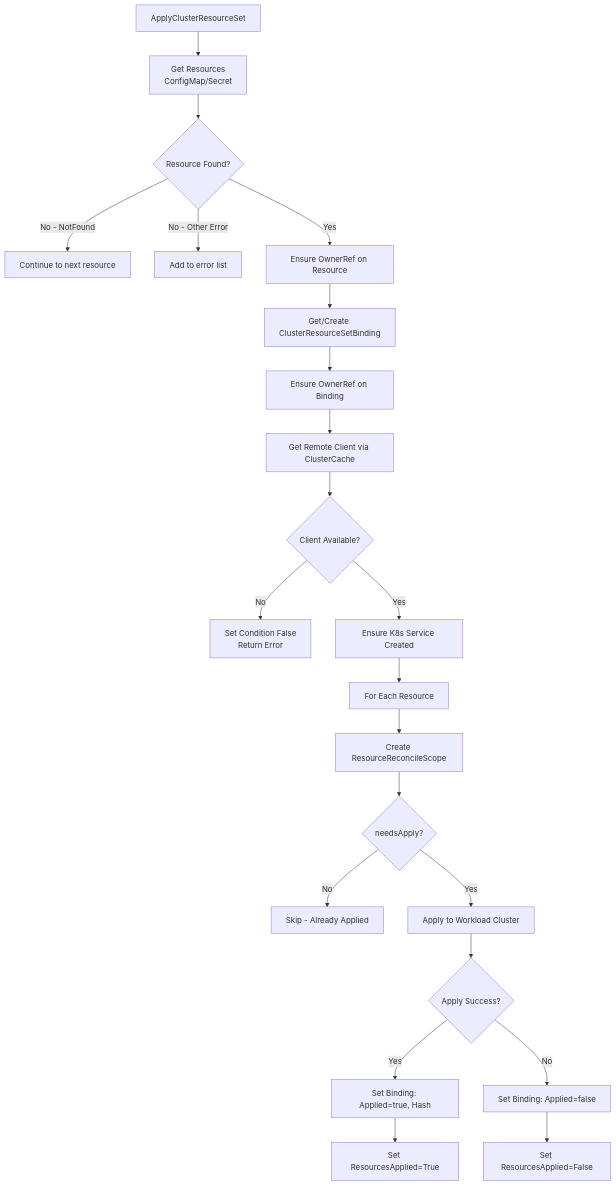
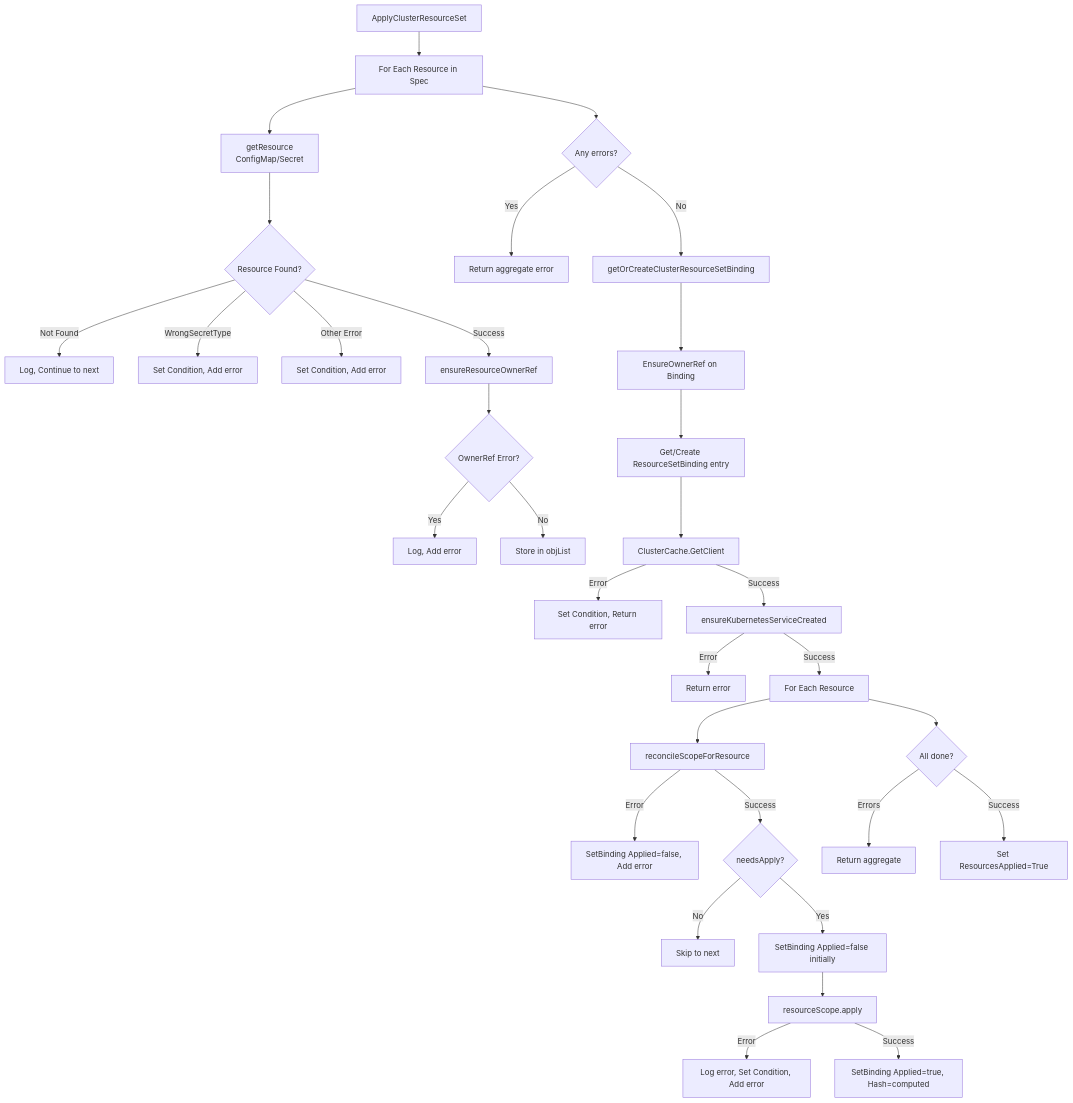
Before and after one commit to seanyen/cluster-api: the second of 9 diagrams in ai-gen/internal/controllers/clusterresourceset_controller.md, drawn with Mermaid. The commit also changed other lines of this file and 8 other files, not shown here.

````diff
--- a/ai-gen/internal/controllers/clusterresourceset_controller.md
+++ b/ai-gen/internal/controllers/clusterresourceset_controller.md
@@ -35,24 +47,37 @@
 ```mermaid
 flowchart TD
-    A[ApplyClusterResourceSet] --> B[Get Resources<br/>ConfigMap/Secret]
-    B --> C{Resource Found?}
-    C -->|No - NotFound| Skip[Continue to next resource]
-    C -->|No - Other Error| ErrRes[Add to error list]
-    C -->|Yes| D[Ensure OwnerRef on Resource]
-    D --> E[Get/Create ClusterResourceSetBinding]
-    E --> F[Ensure OwnerRef on Binding]
-    F --> G[Get Remote Client via ClusterCache]
-    G --> H{Client Available?}
-    H -->|No| ErrClient[Set Condition False<br/>Return Error]
-    H -->|Yes| I[Ensure K8s Service Created]
-    I --> J[For Each Resource]
-    J --> K[Create ResourceReconcileScope]
-    K --> L{needsApply?}
-    L -->|No| M[Skip - Already Applied]
-    L -->|Yes| N[Apply to Workload Cluster]
-    N --> O{Apply Success?}
-    O -->|Yes| P[Set Binding: Applied=true, Hash]
-    O -->|No| Q[Set Binding: Applied=false]
-    P --> R[Set ResourcesApplied=True]
-    Q --> S[Set ResourcesApplied=False]
+    A[ApplyClusterResourceSet] --> B[For Each Resource in Spec]
+    B --> C[getResource<br/>ConfigMap/Secret]
+    C --> D{Resource Found?}
+    D -->|Not Found| Skip[Log, Continue to next]
+    D -->|WrongSecretType| ErrSec[Set Condition, Add error]
+    D -->|Other Error| ErrRes[Set Condition, Add error]
+    D -->|Success| E[ensureResourceOwnerRef]
+    E --> F{OwnerRef Error?}
+    F -->|Yes| ErrOwn[Log, Add error]
+    F -->|No| G[Store in objList]
+    
+    B --> H{Any errors?}
+    H -->|Yes| ErrRet[Return aggregate error]
+    H -->|No| I[getOrCreateClusterResourceSetBinding]
+    I --> J[EnsureOwnerRef on Binding]
+    J --> K[Get/Create ResourceSetBinding entry]
+    K --> L[ClusterCache.GetClient]
+    L -->|Error| ErrClient[Set Condition, Return error]
+    L -->|Success| M[ensureKubernetesServiceCreated]
+    M -->|Error| ErrSvc[Return error]
+    M -->|Success| N[For Each Resource]
+    
+    N --> O[reconcileScopeForResource]
+    O -->|Error| ErrScope[SetBinding Applied=false, Add error]
+    O -->|Success| P{needsApply?}
+    P -->|No| Q[Skip to next]
+    P -->|Yes| R[SetBinding Applied=false initially]
+    R --> S[resourceScope.apply]
+    S -->|Error| T[Log error, Set Condition, Add error]
+    S -->|Success| U[SetBinding Applied=true, Hash=computed]
+    
+    N --> V{All done?}
+    V -->|Errors| W[Return aggregate]
+    V -->|Success| X[Set ResourcesApplied=True]
 ```
````
